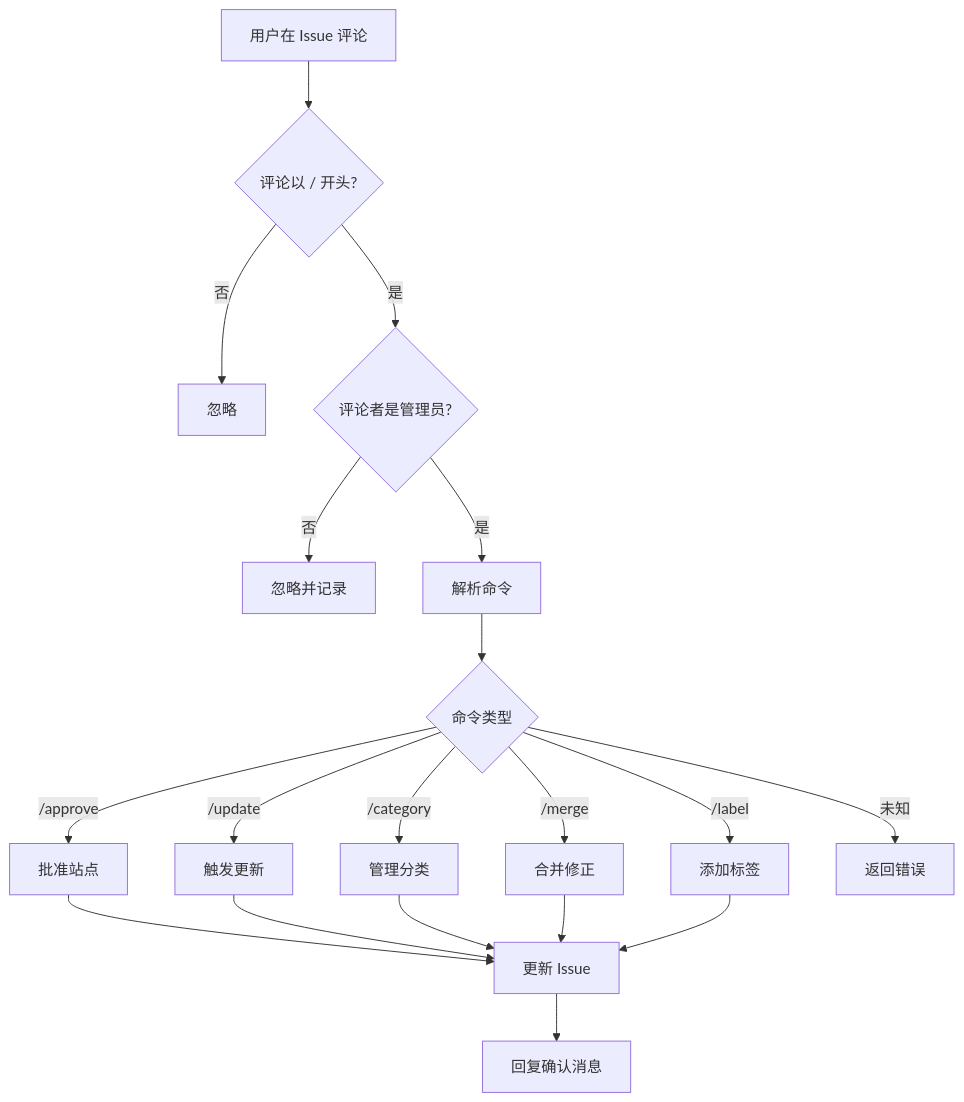
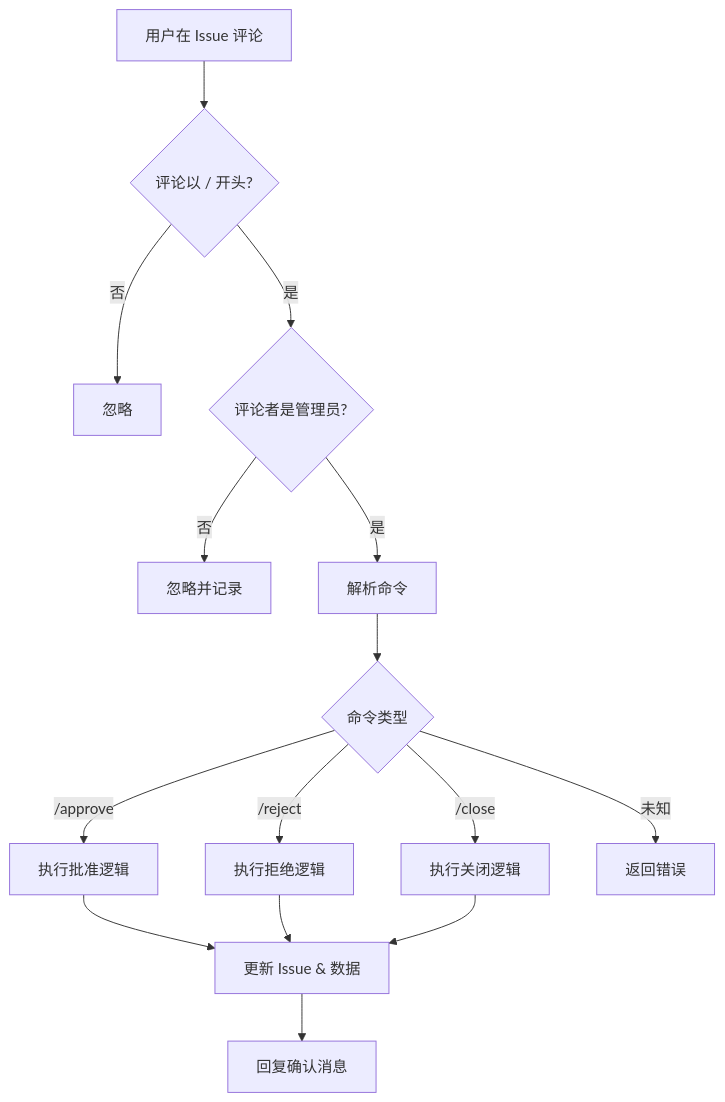
Before and after one commit to ACG-Q/hubNavigator: the diagram in docs/chatops_commands.md, drawn with Mermaid. The commit also changed other lines of this file and 17 other files, not shown here.

Commit message:
feat: Implement GitHub Actions, ChatOps, and automation scripts for site and category management, including issue templates and documentation.

````diff
--- a/docs/chatops_commands.md
+++ b/docs/chatops_commands.md
@@ -226,21 +90,17 @@
 ```mermaid
 graph TD
     A[用户在 Issue 评论] --> B{评论以 / 开头?}
     B -->|否| C[忽略]
     B -->|是| D{评论者是管理员?}
     D -->|否| E[忽略并记录]
     D -->|是| F[解析命令]
     F --> G{命令类型}
-    G -->|/approve| H[批准站点]
-    G -->|/update| I[触发更新]
-    G -->|/category| J[管理分类]
-    G -->|/merge| K[合并修正]
-    G -->|/label| L[添加标签]
-    G -->|未知| M[返回错误]
-    H --> N[更新 Issue]
-    I --> N
-    J --> N
-    K --> N
-    L --> N
-    N --> O[回复确认消息]
+    G -->|/approve| H[执行批准逻辑]
+    G -->|/reject| I[执行拒绝逻辑]
+    G -->|/close| J[执行关闭逻辑]
+    G -->|未知| K[返回错误]
+    H --> L[更新 Issue & 数据]
+    I --> L
+    J --> L
+    L --> M[回复确认消息]
 ```
````
